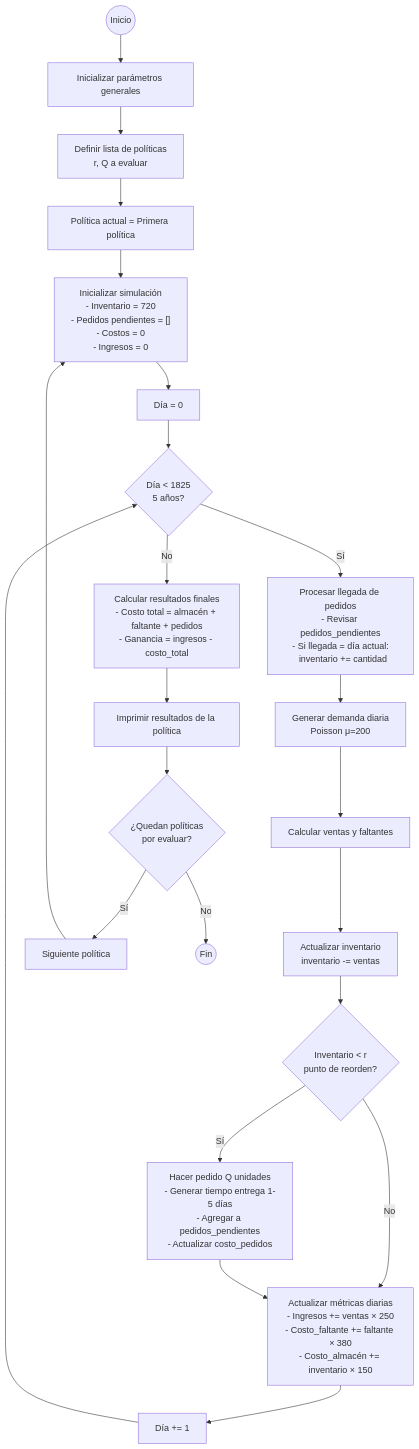
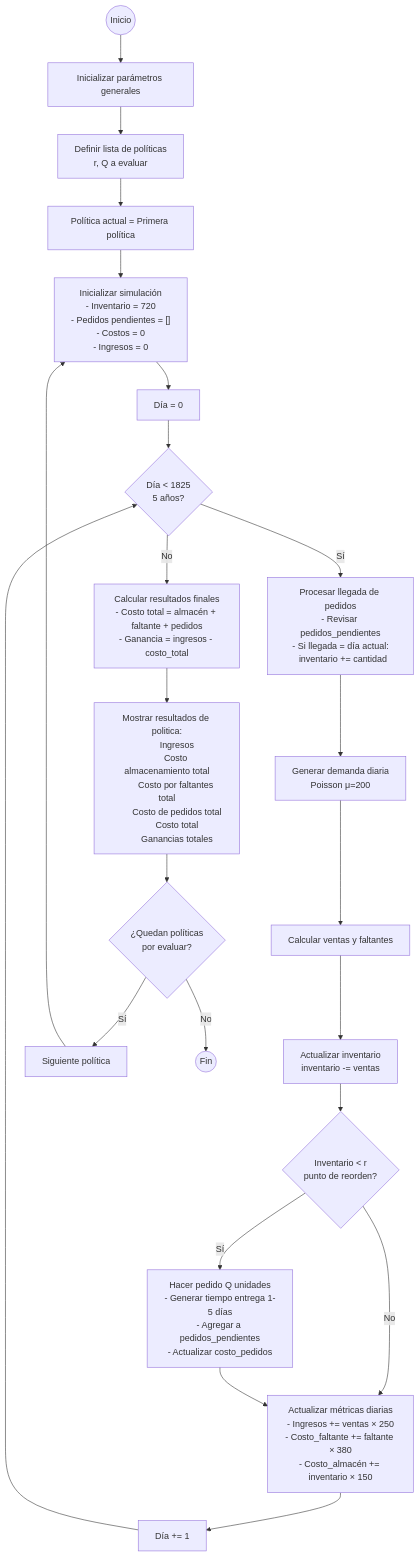
One commit to rhorbe/simulacion-inventario changed the diagram in esquema.md. Above: the diagram before and after it, drawn with Mermaid.

Commit message:
Cambios en el diagrama de flujo

````diff
--- a/esquema.md
+++ b/esquema.md
@@ -1,41 +1,48 @@
 ```mermaid
 flowchart TD
     A((Inicio)) --> B[Inicializar parámetros generales]
     B --> C[Definir lista de políticas<br/>r, Q a evaluar]
     C --> D[Política actual = Primera política]
     
     D --> E["Inicializar simulación<br/>- Inventario = 720<br/>- Pedidos pendientes = []<br/>- Costos = 0<br/>- Ingresos = 0"]
     
     E --> F[Día = 0]
     F --> G{Día < 1825<br/>5 años?}
     
     G -->|Sí| H[Procesar llegada de pedidos<br/>- Revisar pedidos_pendientes<br/>- Si llegada = día actual:<br/>  inventario += cantidad]
     
     H --> I[Generar demanda diaria<br/>Poisson μ=200]
     
     I --> J[Calcular ventas y faltantes<br/>]
     
     J --> K[Actualizar inventario<br/>inventario -= ventas]
     
     K --> L{Inventario < r<br/>punto de reorden?}
     
     L -->|Sí| M[Hacer pedido Q unidades<br/>- Generar tiempo entrega 1-5 días<br/>- Agregar a pedidos_pendientes<br/>- Actualizar costo_pedidos]
     
     L -->|No| N[Actualizar métricas diarias<br/>- Ingresos += ventas × 250<br/>- Costo_faltante += faltante × 380<br/>- Costo_almacén += inventario × 150]
     
     M --> N
     
     N --> O[Día += 1]
     O --> G
     
     G -->|No| P[Calcular resultados finales<br/>- Costo total = almacén + faltante + pedidos<br/>- Ganancia = ingresos - costo_total]
     
-    P --> Q[Imprimir resultados de la política]
+    P --> Q[Mostrar resultados de politica:
+        Ingresos
+        Costo almacenamiento total
+        Costo por faltantes total
+        Costo de pedidos total
+        Costo total
+        Ganancias totales    
+    ]
     
     Q --> R{¿Quedan políticas<br/>por evaluar?}
     
     R -->|Sí| S[Siguiente política]
     S --> E
     
     R -->|No| T((Fin))
 ```
````
